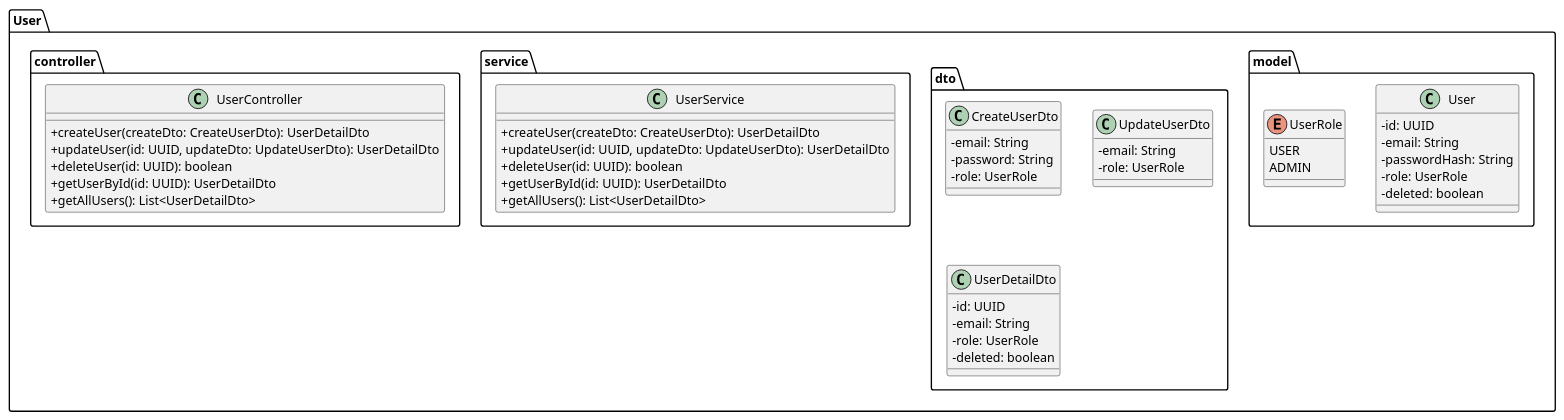
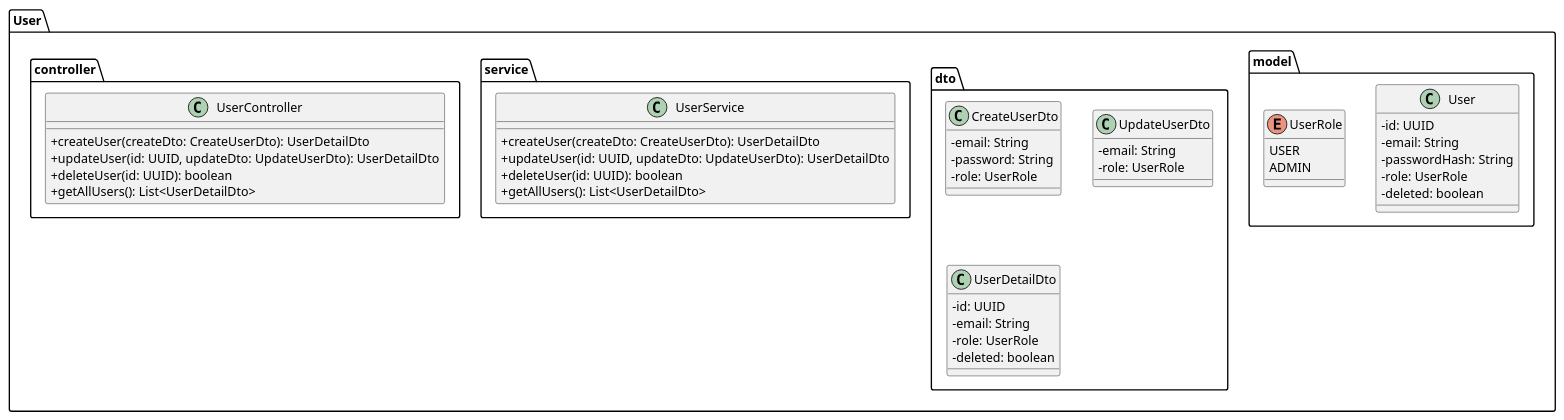
Before and after one commit to tondracek/inqool-tennis: the diagram in docs/diagram/class-user.puml, drawn with PlantUML. The commit also changed 2 other files, not shown here.

```diff
--- a/docs/diagram/class-user.puml
+++ b/docs/diagram/class-user.puml
@@ -1,62 +1,60 @@
 @startuml
 
 skinparam classAttributeIconSize 0
 
 package "User" {
 	package "model" {
 	  class User {
 	    - id: UUID
 	    - email: String
 	    - passwordHash: String
 	    - role: UserRole
 	    - deleted: boolean
 	  }
 
 	  enum UserRole {
 	    USER
 	    ADMIN
 	  }
 	}
 
 	package "dto" {
 		class CreateUserDto {
 	    - email: String
 	    - password: String
 	    - role: UserRole
 	  }
 
 	  class UpdateUserDto {
 	    - email: String
 	    - role: UserRole
 	  }
 
 	  class UserDetailDto {
 	    - id: UUID
 	    - email: String
 	    - role: UserRole
 	    - deleted: boolean
 	  }
 	}
 
 	package "service" {
 		class UserService {
 			+ createUser(createDto: CreateUserDto): UserDetailDto
 			+ updateUser(id: UUID, updateDto: UpdateUserDto): UserDetailDto
 			+ deleteUser(id: UUID): boolean
-			+ getUserById(id: UUID): UserDetailDto
 			+ getAllUsers(): List<UserDetailDto>
 		}
 	}
 
 	package "controller" {
 		class UserController {
 			+ createUser(createDto: CreateUserDto): UserDetailDto
 			+ updateUser(id: UUID, updateDto: UpdateUserDto): UserDetailDto
 			+ deleteUser(id: UUID): boolean
-			+ getUserById(id: UUID): UserDetailDto
 			+ getAllUsers(): List<UserDetailDto>
 		}
 	}
 }
 
 @enduml
```
